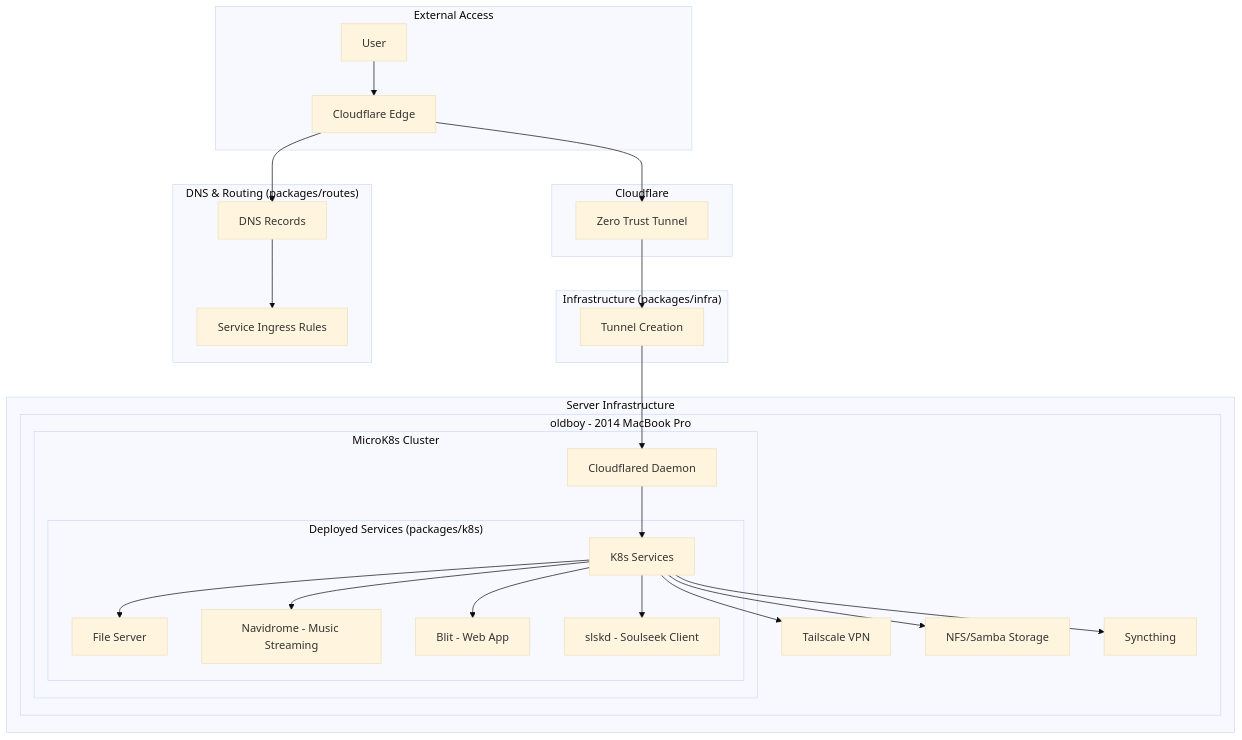
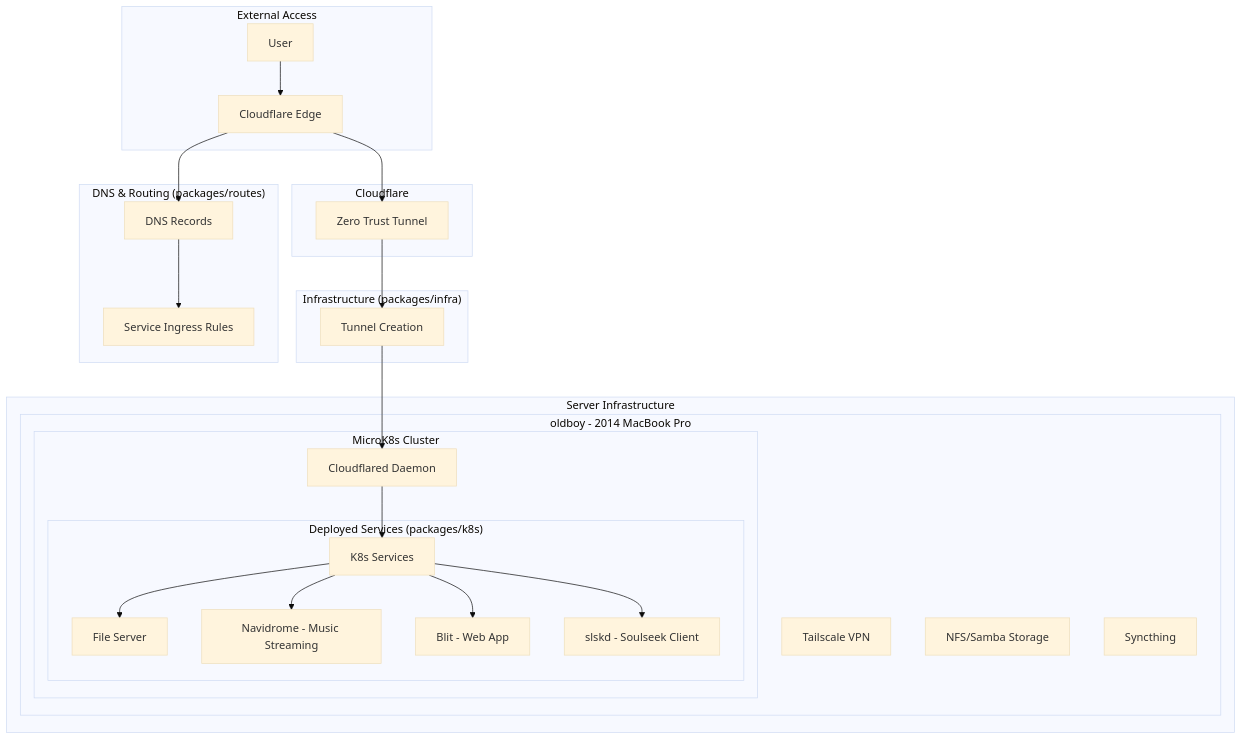
One commit to radiosilence/jaritanet changed the diagram in README.md. Above: the diagram before and after it, drawn with Mermaid (base theme).

Commit message:
Fix diagram arrows - Tailscale/NFS/Syncthing run on host not in cluster
- Removes incorrect arrows from K8s services to host services
- Shows these services exist independently on the MacBook Pro

🤖 Generated with [Claude Code](https://claude.ai/code)

````diff
--- a/README.md
+++ b/README.md
@@ -13,40 +13,40 @@
 ```mermaid
 graph TB
     subgraph "External Access"
         User[User] --> CF[Cloudflare Edge]
     end
     
     subgraph "Cloudflare"
         CF --> Tunnel[Zero Trust Tunnel]
     end
     
     subgraph "Infrastructure (packages/infra)"
         Tunnel --> TunnelConfig[Tunnel Creation]
     end
     
     subgraph "DNS & Routing (packages/routes)"
         CF --> DNS[DNS Records]
         DNS --> Ingress[Service Ingress Rules]
     end
     
     subgraph "Server Infrastructure"
         subgraph "oldboy - 2014 MacBook Pro"
             TunnelConfig --> Cloudflared[Cloudflared Daemon]
             
             subgraph "MicroK8s Cluster"
                 Cloudflared --> Services[K8s Services]
                 
                 subgraph "Deployed Services (packages/k8s)"
                     Services --> FileServer[File Server]
                     Services --> Navidrome[Navidrome - Music Streaming]
                     Services --> Blit[Blit - Web App]
                     Services --> Slskd[slskd - Soulseek Client]
                 end
             end
             
-            Services --> Tailscale[Tailscale VPN]
-            Services --> Storage[NFS/Samba Storage]
-            Services --> Sync[Syncthing]
+            Tailscale[Tailscale VPN]
+            Storage[NFS/Samba Storage]
+            Sync[Syncthing]
         end
     end
 ```
````
